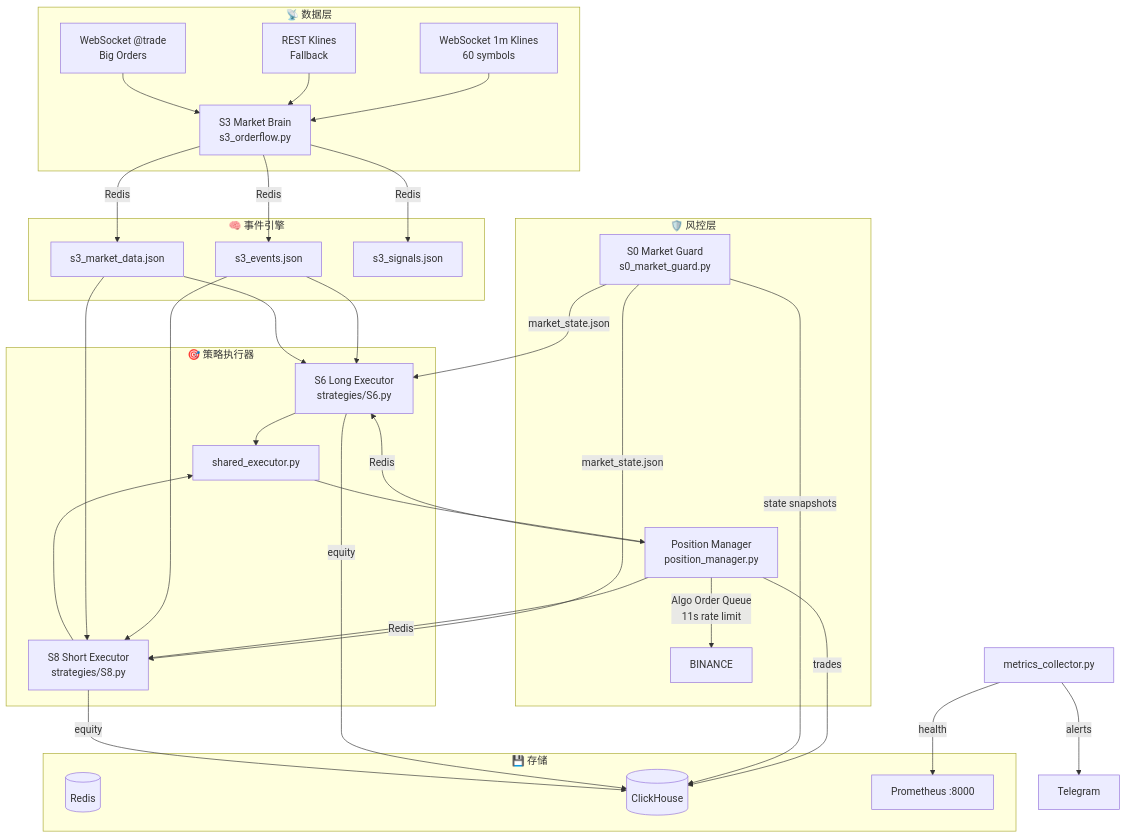
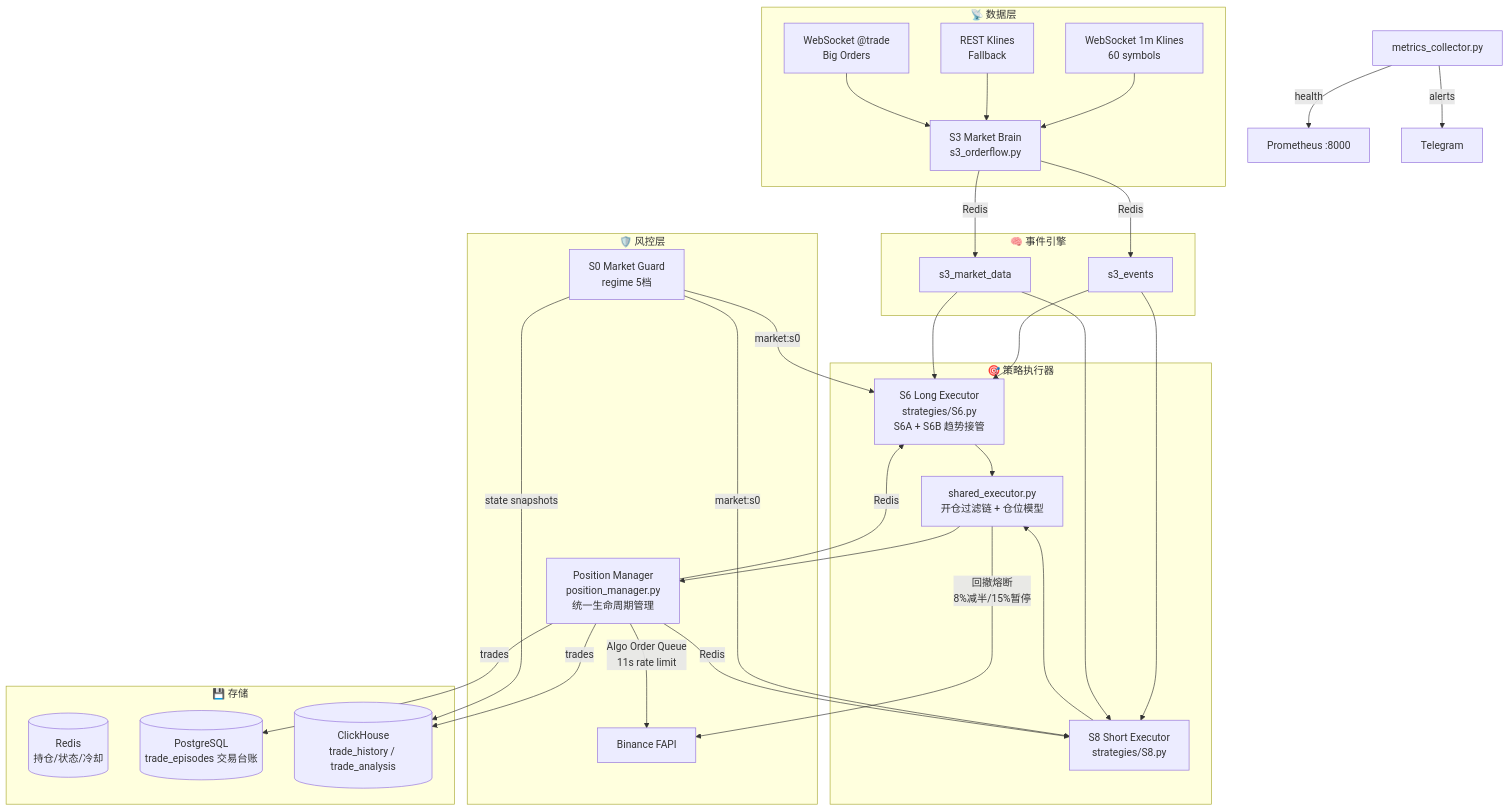
One commit to Anson-blip-xxx/trade_engine changed the diagram in README.md. Above: the diagram before and after it, drawn with Mermaid. The commit also changed other lines of this file and 2 other files, not shown here.

````diff
--- a/README.md
+++ b/README.md
@@ -7,45 +7,44 @@
 ```mermaid
 graph TB
     subgraph Data["📡 数据层"]
         WS[WebSocket 1m Klines<br/>60 symbols] --> S3
         REST[REST Klines<br/>Fallback] --> S3
         WS2[WebSocket @trade<br/>Big Orders] --> S3
     end
 
     subgraph Brain["🧠 事件引擎"]
-        S3[S3 Market Brain<br/>s3_orderflow.py] -->|Redis| EVENTS[s3_events.json]
-        S3 -->|Redis| MARKET[s3_market_data.json]
-        S3 -->|Redis| SIGNALS[s3_signals.json]
+        S3[S3 Market Brain<br/>s3_orderflow.py] -->|Redis| EVENTS[s3_events]
+        S3 -->|Redis| MARKET[s3_market_data]
     end
 
     subgraph Strategies["🎯 策略执行器"]
-        EVENTS --> S6[S6 Long Executor<br/>strategies/S6.py]
+        EVENTS --> S6[S6 Long Executor<br/>strategies/S6.py<br/>S6A + S6B 趋势接管]
         EVENTS --> S8[S8 Short Executor<br/>strategies/S8.py]
         MARKET --> S6
         MARKET --> S8
-        S6 --> SHARED[shared_executor.py]
+        S6 --> SHARED[shared_executor.py<br/>开仓过滤链 + 仓位模型]
         S8 --> SHARED
     end
 
     subgraph Risk["🛡️ 风控层"]
-        S0[S0 Market Guard<br/>s0_market_guard.py] -->|market_state.json| S6
-        S0 -->|market_state.json| S8
-        PM[Position Manager<br/>position_manager.py] -->|Redis| S6
+        S0[S0 Market Guard<br/>regime 5档] -->|market:s0| S6
+        S0 -->|market:s0| S8
+        SHARED -->|回撤熔断<br/>8%减半/15%暂停| BINANCE
+        PM[Position Manager<br/>position_manager.py<br/>统一生命周期管理] -->|Redis| S6
         PM -->|Redis| S8
-        PM -->|Algo Order Queue<br/>11s rate limit| BINANCE
+        PM -->|Algo Order Queue<br/>11s rate limit| BINANCE[Binance FAPI]
     end
 
     subgraph Storage["💾 存储"]
-        REDIS[(Redis)]
-        CH[(ClickHouse)]
-        PROM[Prometheus :8000]
+        REDIS[(Redis<br/>持仓/状态/冷却)]
+        PG[(PostgreSQL<br/>trade_episodes 交易台账)]
+        CH[(ClickHouse<br/>trade_history / trade_analysis)]
     end
 
     SHARED --> PM
+    PM -->|trades| PG
     PM -->|trades| CH
     S0 -->|state snapshots| CH
-    S6 -->|equity| CH
-    S8 -->|equity| CH
-    MONITOR[metrics_collector.py] -->|health| PROM
+    MONITOR[metrics_collector.py] -->|health| PROM[Prometheus :8000]
     MONITOR -->|alerts| TG[Telegram]
 ```
````
